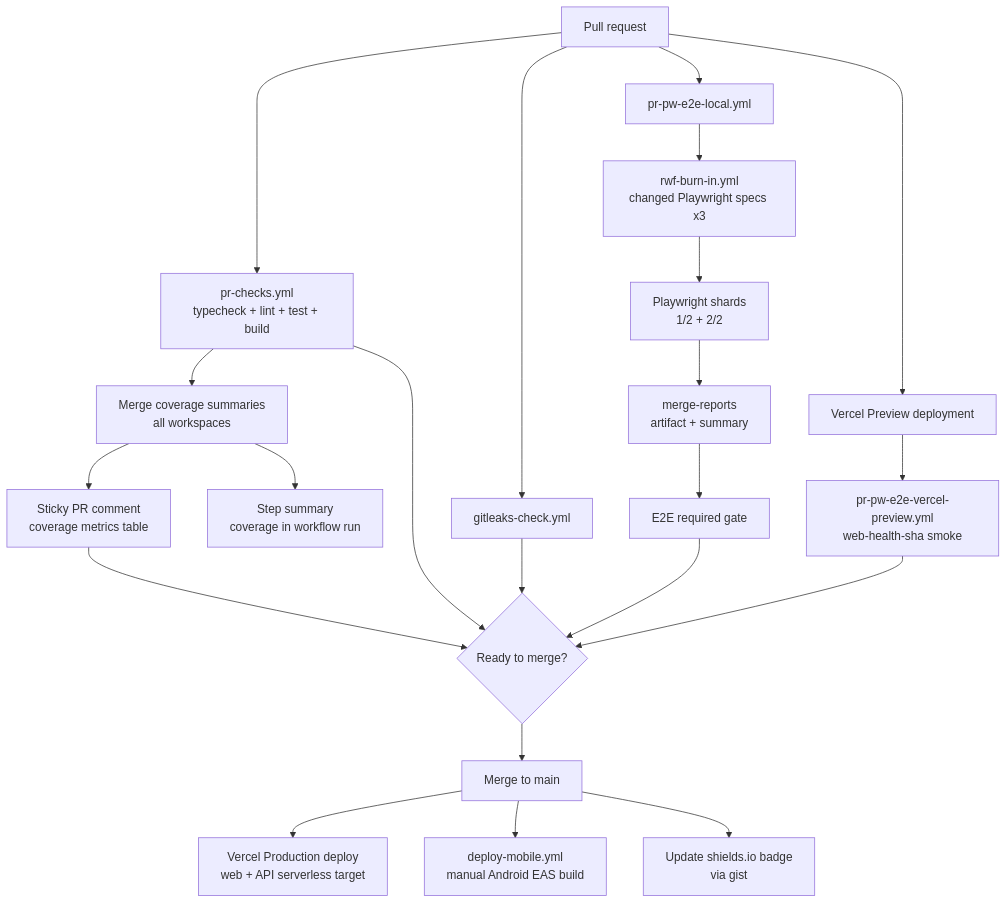
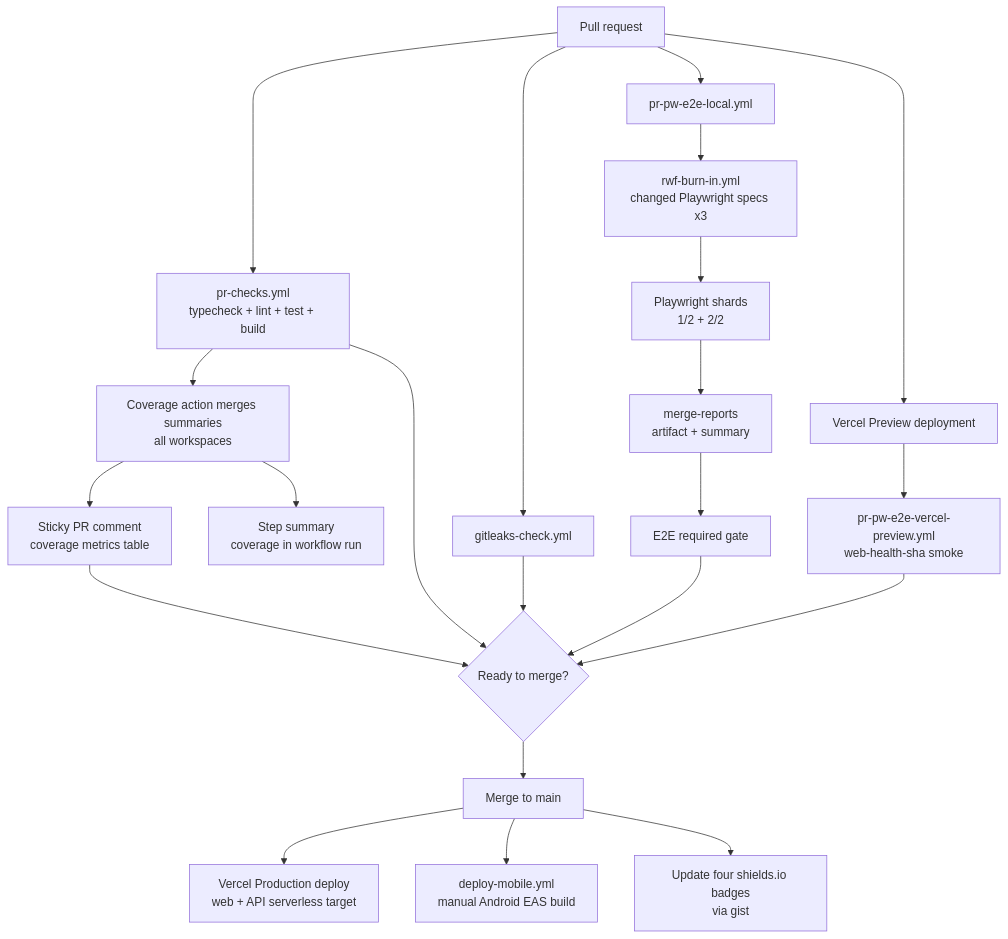
The seventh of 16 diagrams in _bmad-output/project-knowledge/learning-path-step-by-step.md (muratkeremozcan/couture-cast), drawn with Mermaid before and after one commit. The commit also changed other lines of this file and 7 other files, not shown here.

````diff
--- a/_bmad-output/project-knowledge/learning-path-step-by-step.md
+++ b/_bmad-output/project-knowledge/learning-path-step-by-step.md
@@ -573,29 +574,29 @@
 ```mermaid
 flowchart TD
   PR[Pull request] --> PRCHECKS[pr-checks.yml<br/>typecheck + lint + test + build]
   PR --> GITLEAKS[gitleaks-check.yml]
   PR --> E2E[pr-pw-e2e-local.yml]
 
   E2E --> BURNIN[rwf-burn-in.yml<br/>changed Playwright specs x3]
   BURNIN --> SHARDS[Playwright shards<br/>1/2 + 2/2]
   SHARDS --> MERGE_REPORTS[merge-reports<br/>artifact + summary]
   MERGE_REPORTS --> E2E_GATE[E2E required gate]
 
   PR --> PREVIEW[Vercel Preview deployment]
   PREVIEW --> PREVIEW_SMOKE[pr-pw-e2e-vercel-preview.yml<br/>web-health-sha smoke]
 
-  PRCHECKS --> COV[Merge coverage summaries<br/>all workspaces]
+  PRCHECKS --> COV[Coverage action merges summaries<br/>all workspaces]
   COV --> COMMENT[Sticky PR comment<br/>coverage metrics table]
   COV --> SUMMARY[Step summary<br/>coverage in workflow run]
 
   PRCHECKS --> READY{Ready to merge?}
   GITLEAKS --> READY
   E2E_GATE --> READY
   PREVIEW_SMOKE --> READY
   COMMENT --> READY
 
   READY --> MAIN[Merge to main]
   MAIN --> PROD[Vercel Production deploy<br/>web + API serverless target]
   MAIN --> MOBILE[deploy-mobile.yml<br/>manual Android EAS build]
-  MAIN --> BADGE[Update shields.io badge<br/>via gist]
+  MAIN --> BADGE[Update four shields.io badges<br/>via gist]
 ```
````
